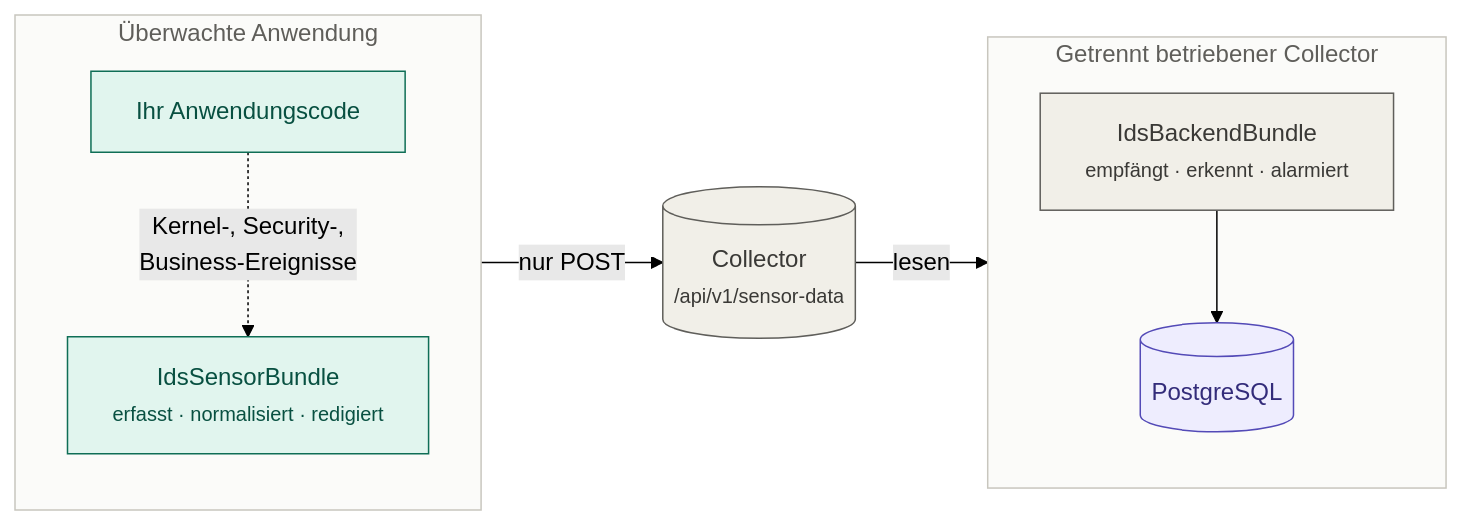
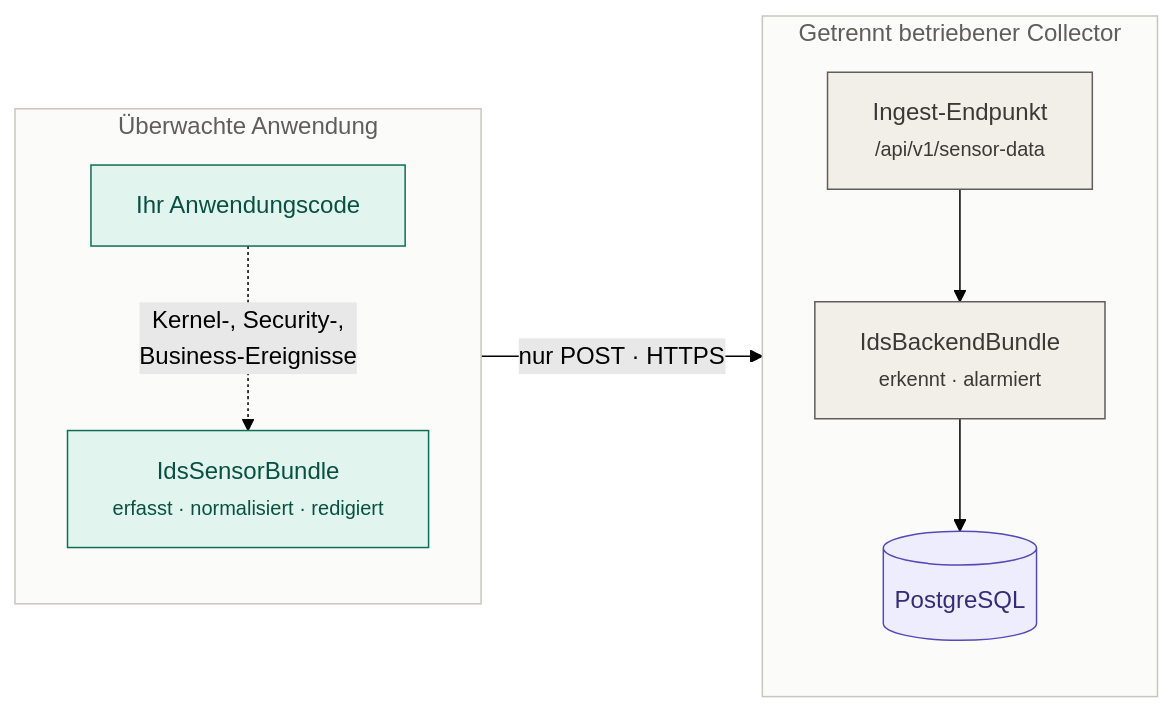
The first of 2 diagrams in doc/01-ueberblick.md (projektmotor/ids-sensor-bundle), drawn with Mermaid (forest theme) before and after one commit. The commit also changed 62 other files, not shown here.

````diff
--- a/doc/01-ueberblick.md
+++ b/doc/01-ueberblick.md
@@ -10,30 +10,29 @@
 ```mermaid
 flowchart LR
     subgraph app["Überwachte Anwendung"]
         direction TB
         code["Ihr Anwendungscode"]
         sensor["IdsSensorBundle<br/><small>erfasst · normalisiert · redigiert</small>"]
         code -.->|"Kernel-, Security-,<br/>Business-Ereignisse"| sensor
     end
 
-    broker[("Collector<br/><small>/api/v1/sensor-data</small>")]
-
     subgraph collector["Getrennt betriebener Collector"]
         direction TB
-        consumer["IdsBackendBundle<br/><small>empfängt · erkennt · alarmiert</small>"]
+        ingest["Ingest-Endpunkt<br/><small>/api/v1/sensor-data</small>"]
+        consumer["IdsBackendBundle<br/><small>erkennt · alarmiert</small>"]
         db[("PostgreSQL")]
+        ingest --> consumer
         consumer --> db
     end
 
-    sensor -->|"nur POST"| broker
-    broker -->|"lesen"| consumer
+    sensor -->|"nur POST · HTTPS"| ingest
 
     classDef capture fill:#E1F5EE,stroke:#0F6E56,color:#085041
     classDef transport fill:#F1EFE8,stroke:#5F5E5A,color:#3A3936
     classDef data fill:#EEEDFE,stroke:#534AB7,color:#332C7A
     class sensor,code capture
-    class broker,consumer transport
+    class ingest,consumer transport
     class db data
     style app fill:#FBFBF9,stroke:#C8C6BE,color:#5F5E5A
     style collector fill:#FBFBF9,stroke:#C8C6BE,color:#5F5E5A
 ```
````
